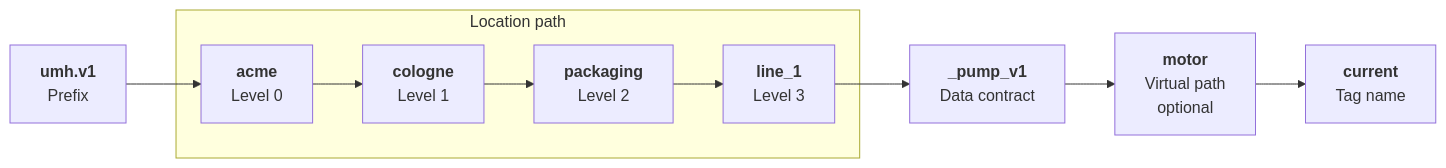
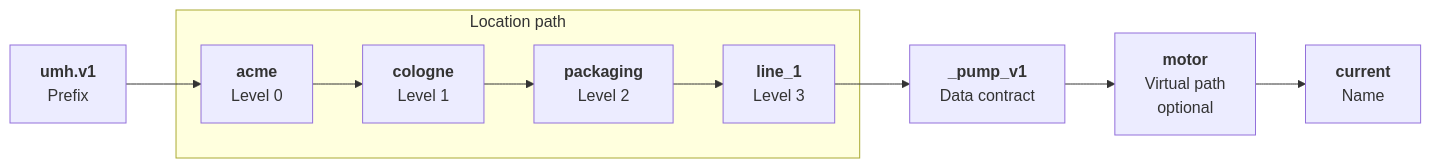
Before and after one commit to united-manufacturing-hub/united-manufacturing-hub: the diagram in umh-core/docs/usage/unified-namespace/topic-convention.md, drawn with Mermaid. The commit also changed other lines of this file, not shown here.

Commit message:
docs(uns): call the last level name again, since relational data has no tags (ENG-7969)

````diff
--- a/umh-core/docs/usage/unified-namespace/topic-convention.md
+++ b/umh-core/docs/usage/unified-namespace/topic-convention.md
@@ -17,16 +17,16 @@
 ```mermaid
 flowchart LR
     P["<b>umh.v1</b><br/>Prefix"]
     subgraph L["Location path"]
         L0["<b>acme</b><br/>Level 0"]
         L1["<b>cologne</b><br/>Level 1"]
         L2["<b>packaging</b><br/>Level 2"]
         L3["<b>line_1</b><br/>Level 3"]
         L0 --> L1 --> L2 --> L3
     end
     C["<b>_pump_v1</b><br/>Data contract"]
     V["<b>motor</b><br/>Virtual path<br/>optional"]
-    N["<b>current</b><br/>Tag name"]
+    N["<b>current</b><br/>Name"]
     P --> L0
     L3 --> C --> V --> N
 ```
````
